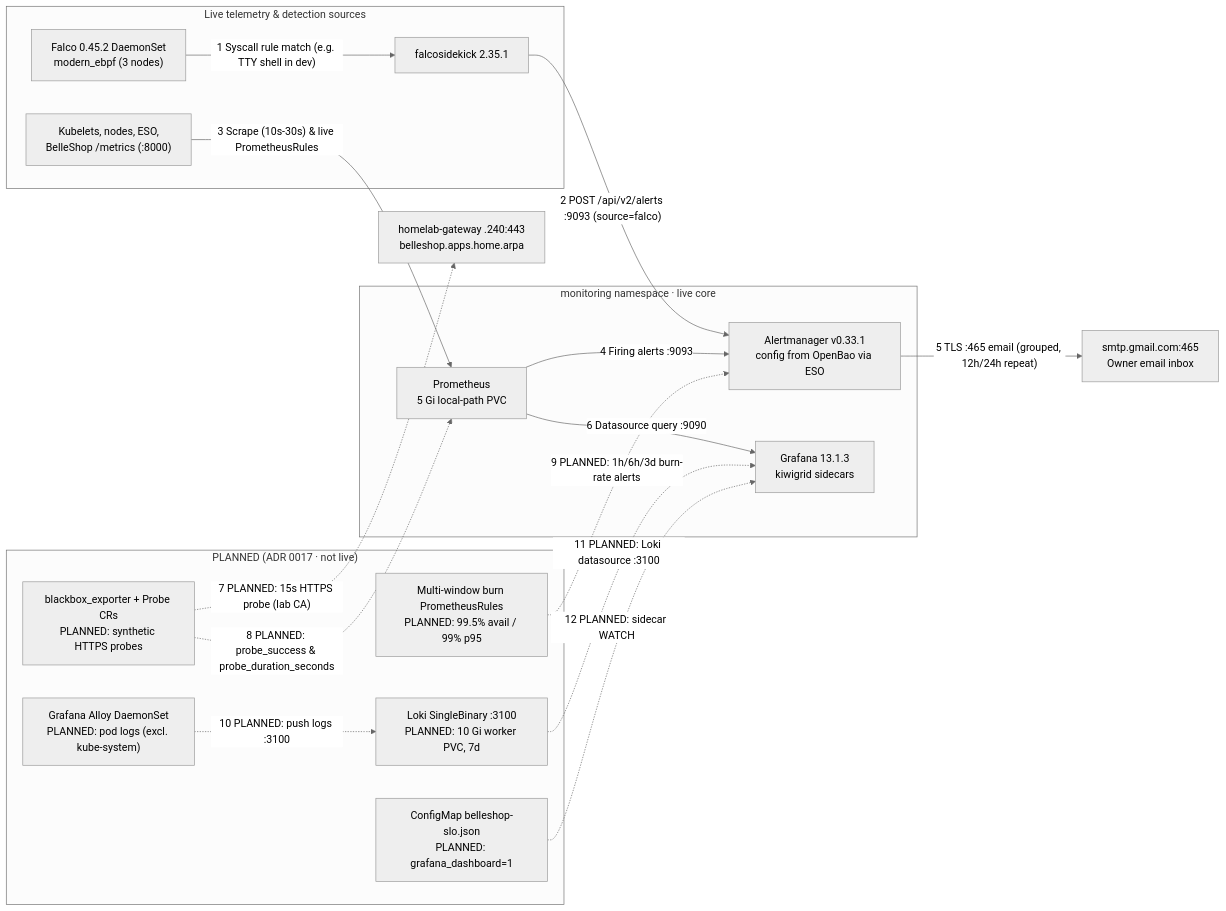
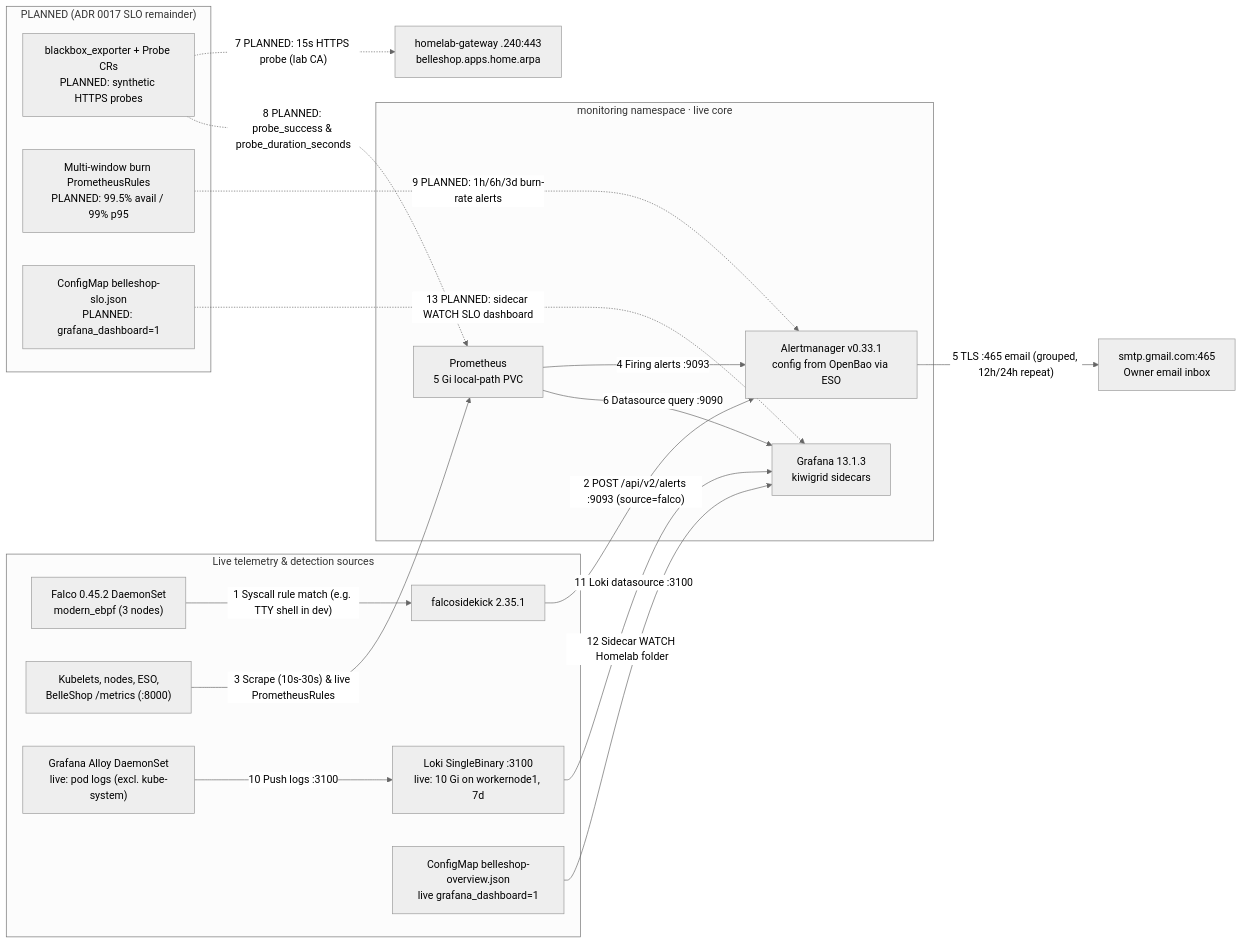
Before and after one commit to salamituns/homelab-platform: the fourth of 4 diagrams in docs/architecture.md, drawn with Mermaid (neutral theme). The commit also changed other lines of this file and 5 other files, not shown here.

First line of the commit message:
Add BelleShop overview dashboard as code and mark Loki live.

````diff
--- a/docs/architecture.md
+++ b/docs/architecture.md
@@ -316,39 +317,41 @@
 ```mermaid
 flowchart LR
   subgraph LIVE_SRC["Live telemetry & detection sources"]
     ebpf["Falco 0.45.2 DaemonSet<br/>modern_ebpf (3 nodes)"]
     sidekick["falcosidekick 2.35.1"]
     targets["Kubelets, nodes, ESO,<br/>BelleShop /metrics (:8000)"]
+    alloy["Grafana Alloy DaemonSet<br/>live: pod logs (excl. kube-system)"]
+    loki["Loki SingleBinary :3100<br/>live: 10 Gi on workernode1, 7d"]
+    overview["ConfigMap belleshop-overview.json<br/>live grafana_dashboard=1"]
   end
 
-  subgraph PLANNED_SRC["PLANNED (ADR 0017 · not live)"]
-    alloy["Grafana Alloy DaemonSet<br/>PLANNED: pod logs (excl. kube-system)"]
-    loki["Loki SingleBinary :3100<br/>PLANNED: 10 Gi worker PVC, 7d"]
+  subgraph PLANNED_SRC["PLANNED (ADR 0017 SLO remainder)"]
     bbox["blackbox_exporter + Probe CRs<br/>PLANNED: synthetic HTTPS probes"]
     slorules["Multi-window burn PrometheusRules<br/>PLANNED: 99.5% avail / 99% p95"]
     slodash["ConfigMap belleshop-slo.json<br/>PLANNED: grafana_dashboard=1"]
   end
 
   subgraph MON["monitoring namespace · live core"]
     prom["Prometheus<br/>5 Gi local-path PVC"]
     am["Alertmanager v0.33.1<br/>config from OpenBao via ESO"]
     graf["Grafana 13.1.3<br/>kiwigrid sidecars"]
   end
 
   gw240["homelab-gateway .240:443<br/>belleshop.apps.home.arpa"]
   smtp["smtp.gmail.com:465<br/>Owner email inbox"]
 
   ebpf -- "1 Syscall rule match (e.g. TTY shell in dev)" --> sidekick
   sidekick -- "2 POST /api/v2/alerts :9093 (source=falco)" --> am
   targets -- "3 Scrape (10s-30s) & live PrometheusRules" --> prom
   prom -- "4 Firing alerts :9093" --> am
   am -- "5 TLS :465 email (grouped, 12h/24h repeat)" --> smtp
   prom -- "6 Datasource query :9090" --> graf
+  alloy -- "10 Push logs :3100" --> loki
+  loki -- "11 Loki datasource :3100" --> graf
+  overview -- "12 Sidecar WATCH Homelab folder" --> graf
 
   bbox -. "7 PLANNED: 15s HTTPS probe (lab CA)" .-> gw240
   bbox -. "8 PLANNED: probe_success & probe_duration_seconds" .-> prom
   slorules -. "9 PLANNED: 1h/6h/3d burn-rate alerts" .-> am
-  alloy -. "10 PLANNED: push logs :3100" .-> loki
-  loki -. "11 PLANNED: Loki datasource :3100" .-> graf
-  slodash -. "12 PLANNED: sidecar WATCH" .-> graf
+  slodash -. "13 PLANNED: sidecar WATCH SLO dashboard" .-> graf
 ```
````
